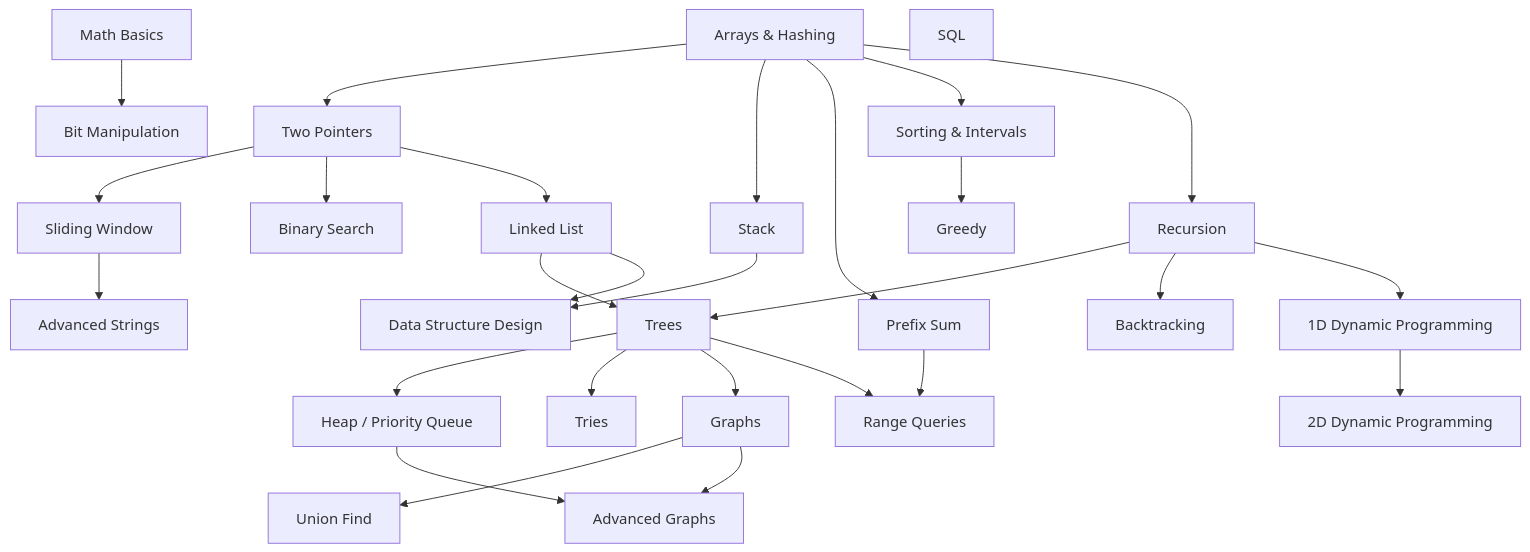
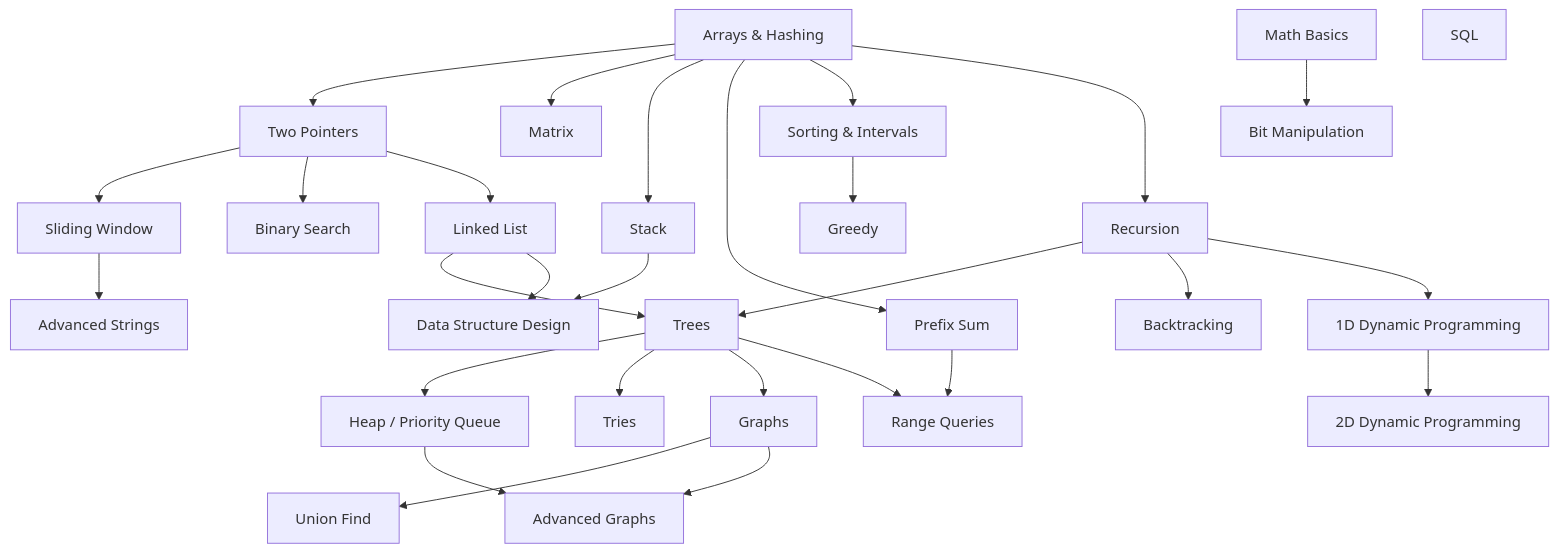
The diagram in content/README.md (Royc4515/leet-for-berger), drawn with Mermaid before and after one commit. The commit also changed other lines of this file and 10 other files, not shown here.

````diff
--- a/content/README.md
+++ b/content/README.md
@@ -68,54 +85,56 @@
 ```mermaid
 graph TD
   arrays_hashing["Arrays & Hashing"]
   math_basics["Math Basics"]
   sql["SQL"]
   two_pointers["Two Pointers"]
+  matrix["Matrix"]
   stack["Stack"]
   prefix_sum["Prefix Sum"]
   sorting_intervals["Sorting & Intervals"]
   bit_manipulation["Bit Manipulation"]
   recursion["Recursion"]
   sliding_window["Sliding Window"]
   binary_search["Binary Search"]
   linked_list["Linked List"]
   greedy["Greedy"]
   trees["Trees"]
   backtracking["Backtracking"]
   dp_1d["1D Dynamic Programming"]
   design["Data Structure Design"]
   strings_advanced["Advanced Strings"]
   heap["Heap / Priority Queue"]
   tries["Tries"]
   graphs["Graphs"]
   dp_2d["2D Dynamic Programming"]
   union_find["Union Find"]
   advanced_graphs["Advanced Graphs"]
   range_queries["Range Queries"]
   arrays_hashing --> two_pointers
+  arrays_hashing --> matrix
   arrays_hashing --> stack
   arrays_hashing --> prefix_sum
   arrays_hashing --> sorting_intervals
   math_basics --> bit_manipulation
   arrays_hashing --> recursion
   two_pointers --> sliding_window
   two_pointers --> binary_search
   two_pointers --> linked_list
   sorting_intervals --> greedy
   recursion --> trees
   linked_list --> trees
   recursion --> backtracking
   recursion --> dp_1d
   linked_list --> design
   stack --> design
   sliding_window --> strings_advanced
   trees --> heap
   trees --> tries
   trees --> graphs
   dp_1d --> dp_2d
   graphs --> union_find
   graphs --> advanced_graphs
   heap --> advanced_graphs
   prefix_sum --> range_queries
   trees --> range_queries
 ```
````
